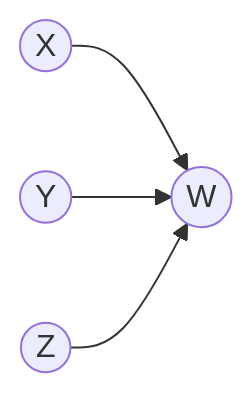
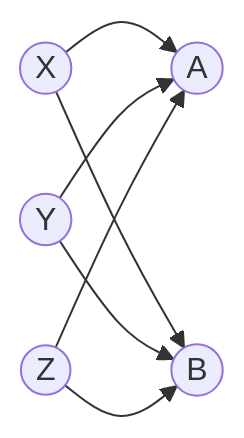
Before and after one commit to santikka/cfid: the second of 4 diagrams in README.Rmd, drawn with Mermaid. The commit also changed other lines of this file and 2 other files, not shown here.

````diff
--- a/README.Rmd
+++ b/README.Rmd
@@ -67,6 +64,9 @@
 ```mermaid
 flowchart LR;
-  X((X))-->W((W));
-  Y((Y))-->W;
-  Z((Z))-->W;
+  X((X))-->A((A));
+  Y((Y))-->A;
+  Z((Z))-->A;
+  X-->B((B));
+  Y-->B;
+  Z-->B;
 ```
````
